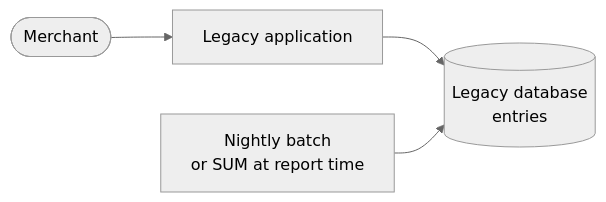
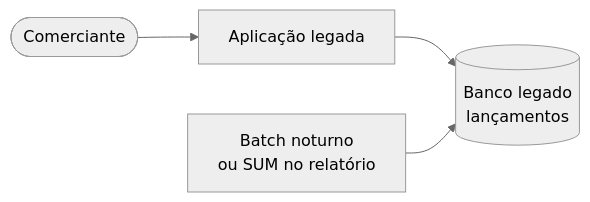
The second of 6 diagrams in docs/04-transition-architecture.md (joaorizzont/cash-flow-test), drawn with Mermaid (neutral theme) before and after one commit. The commit also changed other lines of this file and 23 other files, not shown here.

First line of the commit message:
docs: translate architecture documentation to portuguese

````diff
--- a/docs/04-transition-architecture.md
+++ b/docs/04-transition-architecture.md
@@ -39,6 +39,6 @@
 ```mermaid
 flowchart LR
-  M(["Merchant"]) --> LA["Legacy application"]
-  LA --> LDB[("Legacy database<br/>entries")]
-  B["Nightly batch<br/>or SUM at report time"] --> LDB
+  M(["Comerciante"]) --> LA["Aplicação legada"]
+  LA --> LDB[("Banco legado<br/>lançamentos")]
+  B["Batch noturno<br/>ou SUM no relatório"] --> LDB
 ```
````
